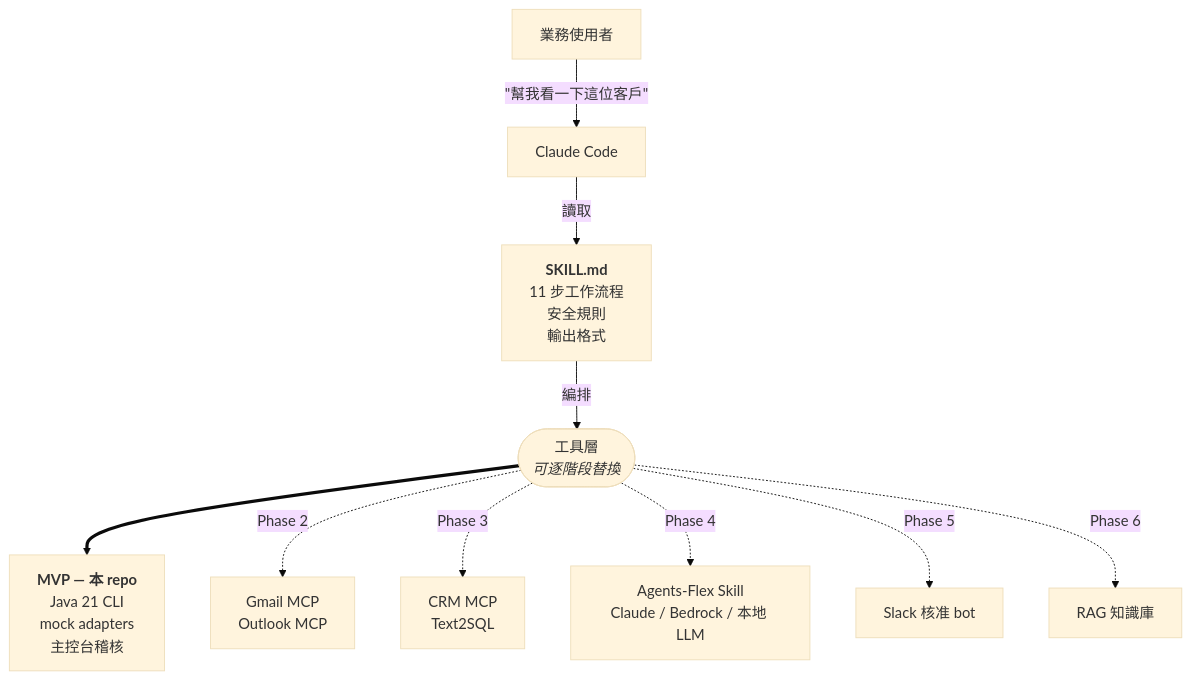
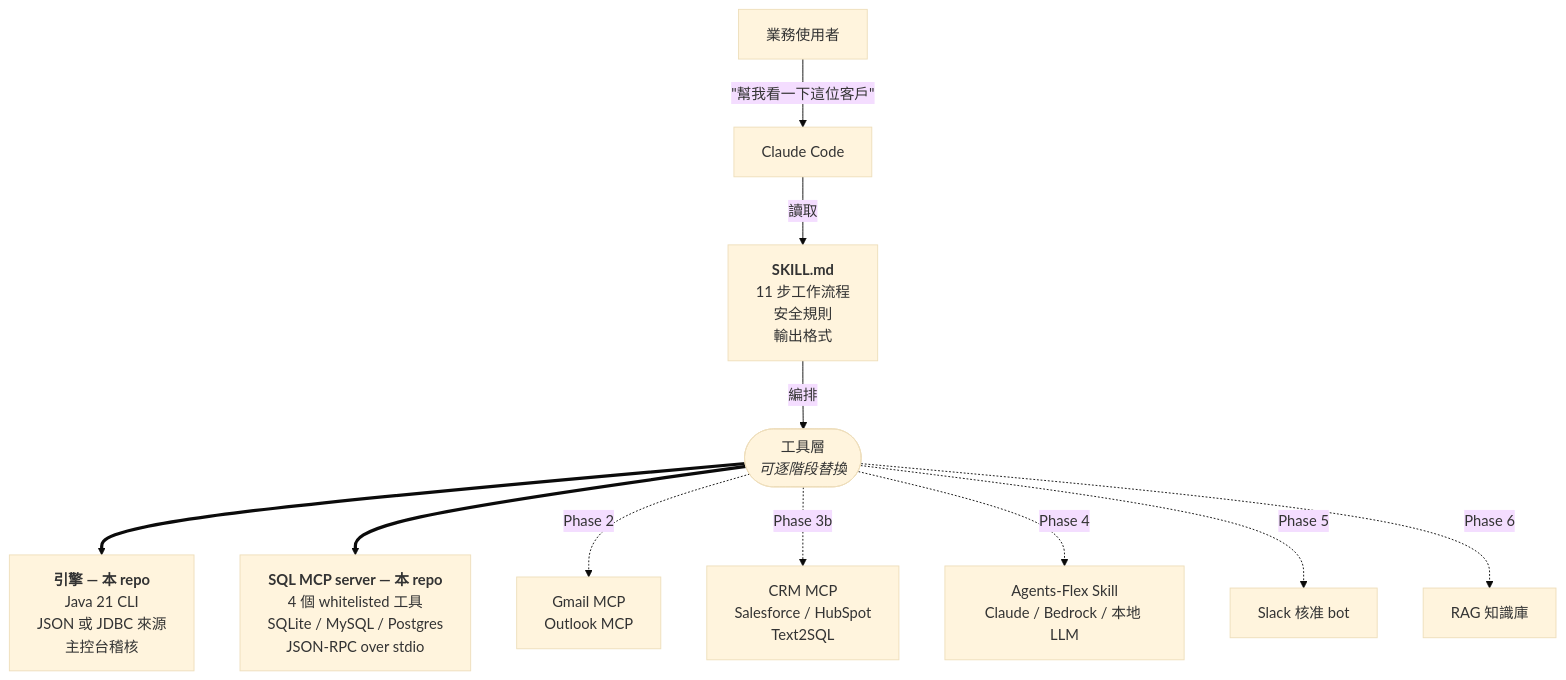
The first of 3 diagrams in README.zh-TW.md (xup6jammy/Sales-AI), drawn with Mermaid (base theme) before and after one commit. The commit also changed other lines of this file and 10 other files, not shown here.

First line of the commit message:
docs: surface MCP server in READMEs, SKILL, architecture, and translations

````diff
--- a/README.zh-TW.md
+++ b/README.zh-TW.md
@@ -46,13 +46,14 @@
 ```mermaid
 flowchart TD
     user["業務使用者"] -->|"&quot;幫我看一下這位客戶&quot;"| cc["Claude Code"]
     cc -->|讀取| skill["<b>SKILL.md</b><br/>11 步工作流程<br/>安全規則<br/>輸出格式"]
     skill -->|編排| tools(["工具層<br/><i>可逐階段替換</i>"])
 
-    tools ==> mvp["<b>MVP — 本 repo</b><br/>Java 21 CLI<br/>mock adapters<br/>主控台稽核"]
+    tools ==> mvp["<b>引擎 — 本 repo</b><br/>Java 21 CLI<br/>JSON 或 JDBC 來源<br/>主控台稽核"]
+    tools ==> mcp["<b>SQL MCP server — 本 repo</b><br/>4 個 whitelisted 工具<br/>SQLite / MySQL / Postgres<br/>JSON-RPC over stdio"]
     tools -.->|Phase 2| email["Gmail MCP<br/>Outlook MCP"]
-    tools -.->|Phase 3| crm["CRM MCP<br/>Text2SQL"]
+    tools -.->|Phase 3b| crm["CRM MCP<br/>Salesforce / HubSpot<br/>Text2SQL"]
     tools -.->|Phase 4| llm["Agents-Flex Skill<br/>Claude / Bedrock / 本地 LLM"]
     tools -.->|Phase 5| approve["Slack 核准 bot"]
     tools -.->|Phase 6| rag["RAG 知識庫"]
 ```
````
